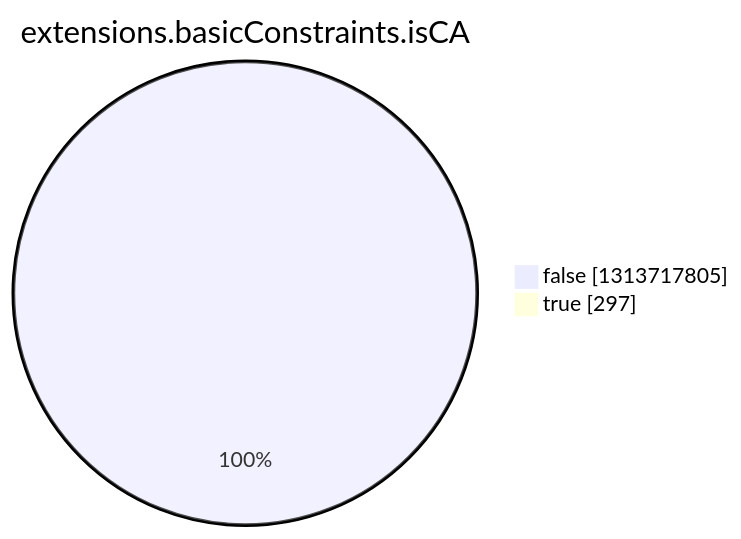
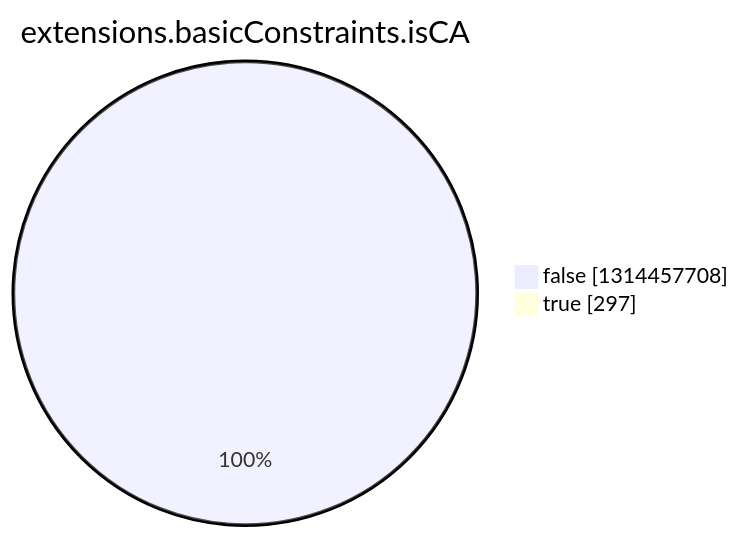
The eighth of 15 diagrams in argon2022/README.md (christiankrug/ctmonitor_visualization), drawn with Mermaid before and after one commit. The commit also changed other lines of this file, not shown here.

````diff
--- a/argon2022/README.md
+++ b/argon2022/README.md
@@ -2758,6 +2758,6 @@
 ```mermaid
 pie showData
 title extensions.basicConstraints.isCA
-"false" :1313717805
+"false" :1314457708
 "true" :297
 ```
````
